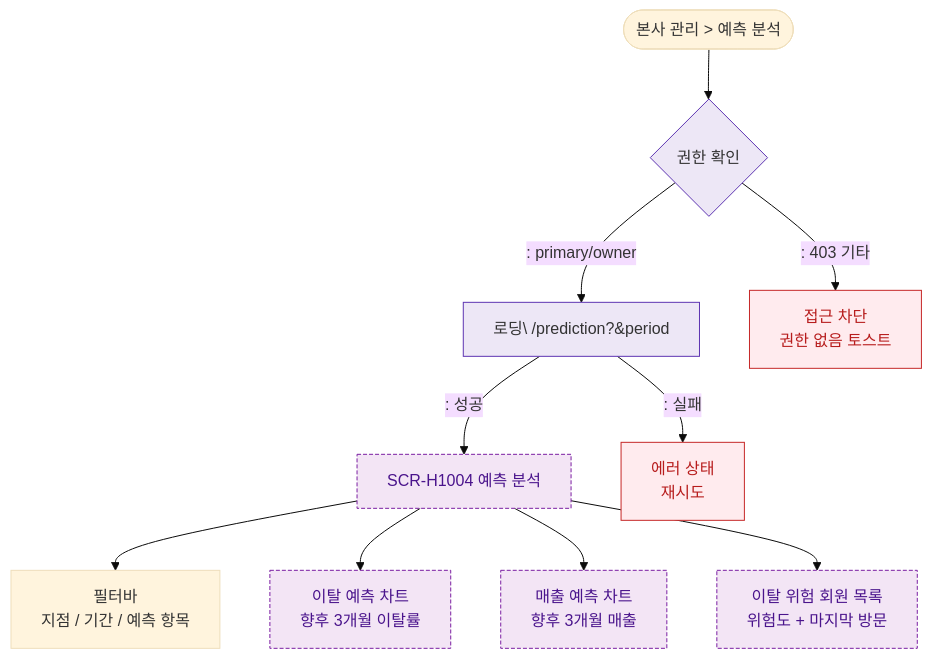
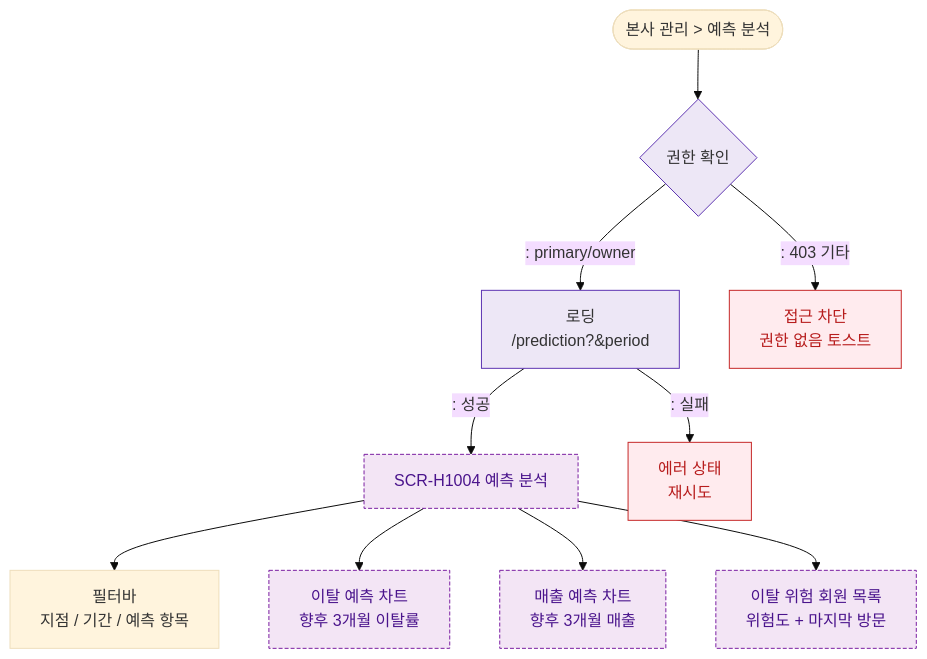
The diagram in docs/admin/다이어그램/D10_본사관리/SCR-H1004_예측분석/F1_진입.md (dev-spogym/admin-pando), drawn with Mermaid (base theme) before and after one commit. The commit also changed 369 other files, not shown here.

````diff
--- a/docs/admin/다이어그램/D10_본사관리/SCR-H1004_예측분석/F1_진입.md
+++ b/docs/admin/다이어그램/D10_본사관리/SCR-H1004_예측분석/F1_진입.md
@@ -12,23 +12,23 @@
 ```mermaid
 flowchart TD
     Sidebar([본사 관리 > 예측 분석]) --> Auth{권한 확인}
-    Auth -->|": primary/owner"|Loading[로딩\ /prediction?&period]
+    Auth -->|": primary/owner"|Loading[로딩<br/> /prediction?&period]
     Auth -->|": 403 기타"|Blocked[접근 차단\n권한 없음 토스트]
 
     Loading -->|": 성공"|SCR103[SCR-H1004 예측 분석\n]
     Loading -->|": 실패"|ErrorState[에러 상태\n재시도]
 
     SCR103 --> FilterBar[필터바\n지점 / 기간 / 예측 항목]
     SCR103 --> ChurnChart[이탈 예측 차트\n향후 3개월 이탈률]
     SCR103 --> RevenueChart[매출 예측 차트\n향후 3개월 매출]
     SCR103 --> RiskList[이탈 위험 회원 목록\n위험도 + 마지막 방문]
 
     classDef screen fill:#E3F2FD,stroke:#1976D2,color:#0D47A1
     classDef newFeature fill:#F3E5F5,stroke:#7B1FA2,color:#4A148C,stroke-dasharray:4 2
     classDef error fill:#FFEBEE,stroke:#C62828,color:#B71C1C
     classDef system fill:#EDE7F6,stroke:#5E35B2
     class SCR103 newFeature
     class ChurnChart,RevenueChart,RiskList newFeature
     class ErrorState,Blocked error
     class Loading,Auth system
 ```
````
